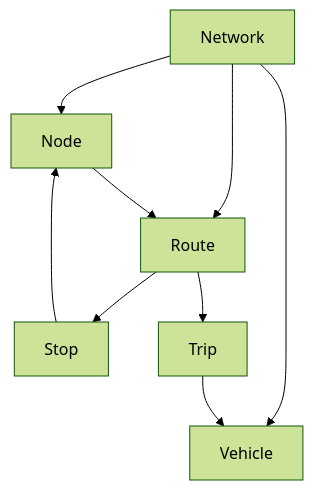
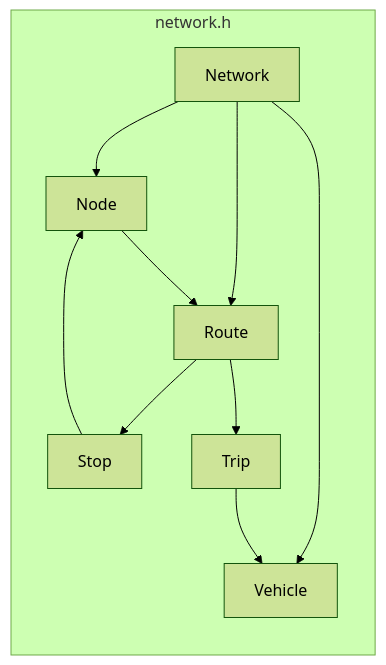
The second of 5 diagrams in README.md (maptic/osurs), drawn with Mermaid (forest theme) before and after one commit. The commit also changed other lines of this file and 2 other files, not shown here.

````diff
--- a/README.md
+++ b/README.md
@@ -36,11 +38,13 @@
 ```mermaid
-graph TD;
+graph LR;
+  subgraph network.h;
     Network-->Node;
     Network-->Route;
     Network-->Vehicle;
     Route-->Stop;
     Route-->Trip;
     Node-->Route;
     Stop-->Node;
     Trip-->Vehicle;
+  end;
 ```
````
